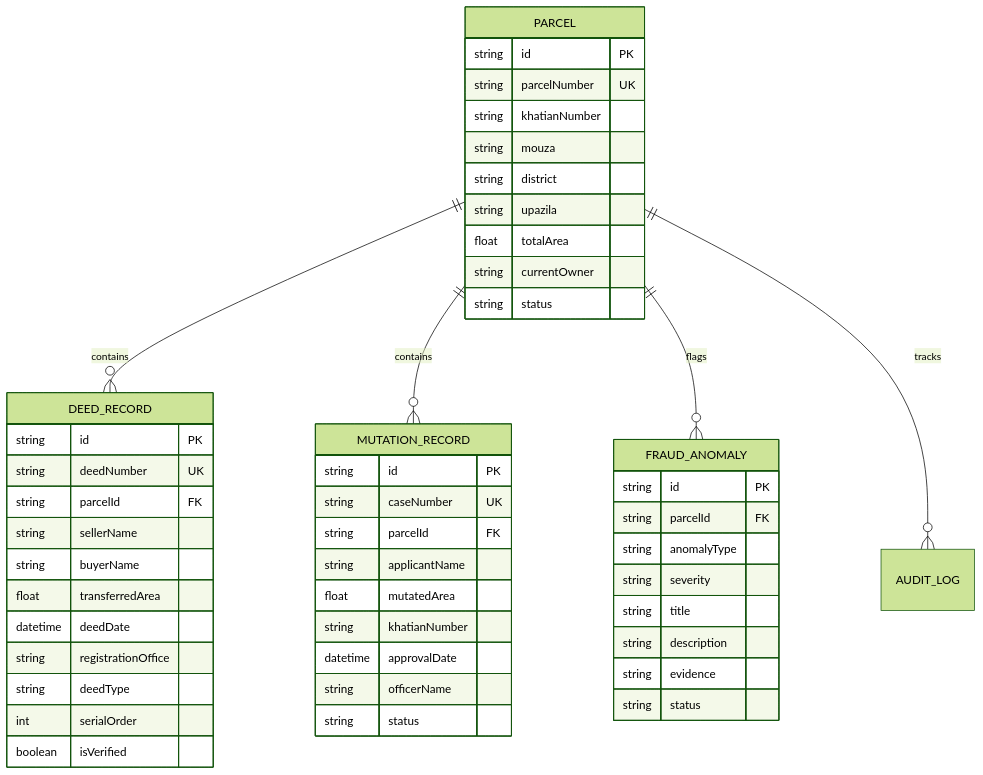
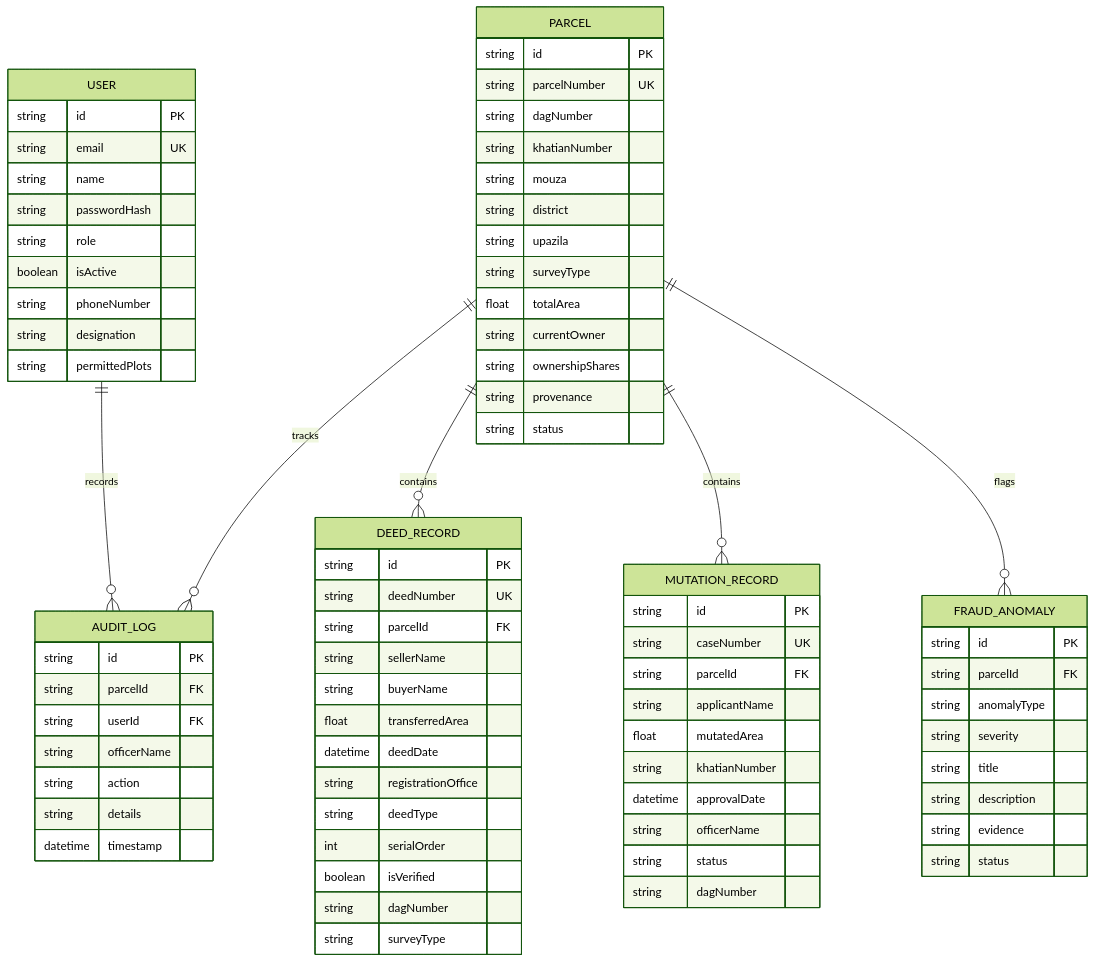
One commit to RafiulKabir0/landtrace changed the diagram in docs/round1/architecture.md. Above: the diagram before and after it, drawn with Mermaid (forest theme). The commit also changed other lines of this file and 20 other files, not shown here.

````diff
--- a/docs/round1/architecture.md
+++ b/docs/round1/architecture.md
@@ -39,19 +43,36 @@
 ```mermaid
 erDiagram
+    USER ||--o{ AUDIT_LOG : records
     PARCEL ||--o{ DEED_RECORD : contains
     PARCEL ||--o{ MUTATION_RECORD : contains
     PARCEL ||--o{ FRAUD_ANOMALY : flags
     PARCEL ||--o{ AUDIT_LOG : tracks
 
+    USER {
+        string id PK
+        string email UK
+        string name
+        string passwordHash
+        string role
+        boolean isActive
+        string phoneNumber
+        string designation
+        string permittedPlots
+    }
+
     PARCEL {
         string id PK
         string parcelNumber UK
+        string dagNumber
         string khatianNumber
         string mouza
         string district
         string upazila
+        string surveyType
         float totalArea
         string currentOwner
+        string ownershipShares
+        string provenance
         string status
     }
 
@@ -67,6 +88,8 @@
         string deedType
         int serialOrder
         boolean isVerified
+        string dagNumber
+        string surveyType
     }
 
     MUTATION_RECORD {
@@ -79,6 +102,7 @@
         datetime approvalDate
         string officerName
         string status
+        string dagNumber
     }
 
     FRAUD_ANOMALY {
@@ -91,4 +115,14 @@
         string evidence
         string status
     }
+
+    AUDIT_LOG {
+        string id PK
+        string parcelId FK
+        string userId FK
+        string officerName
+        string action
+        string details
+        datetime timestamp
+    }
 ```
````
